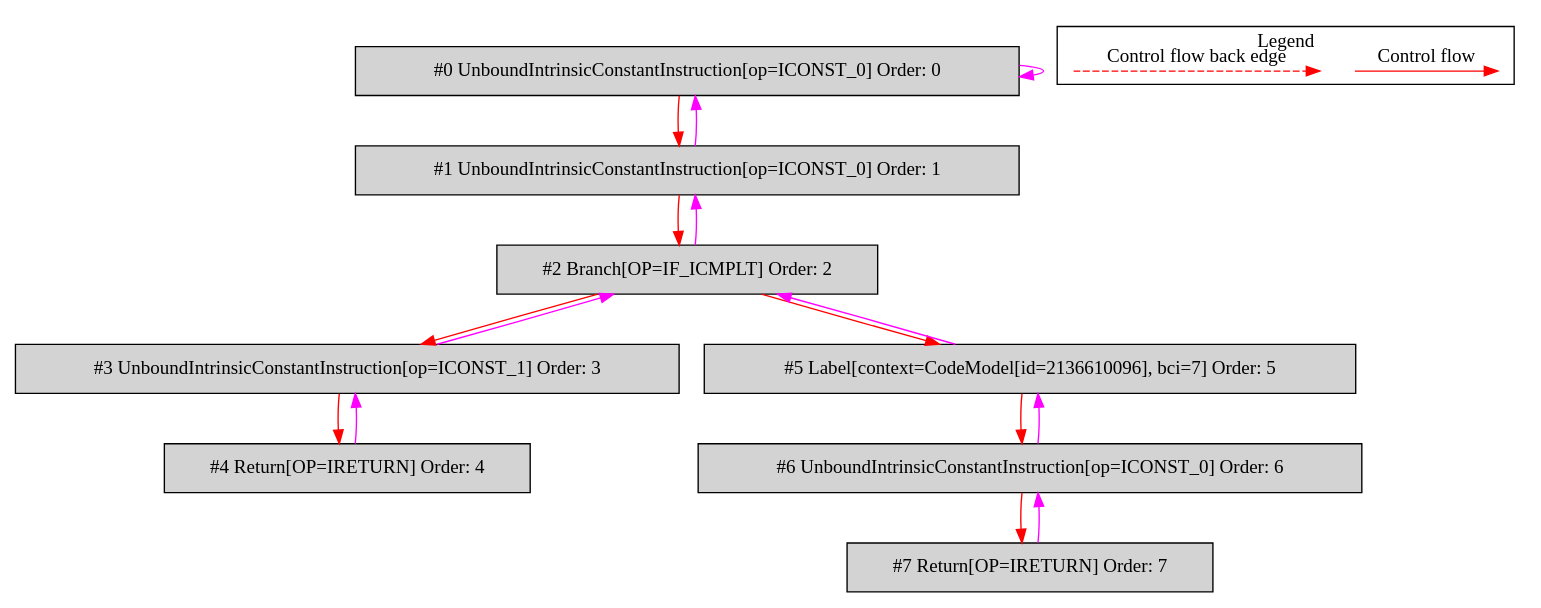
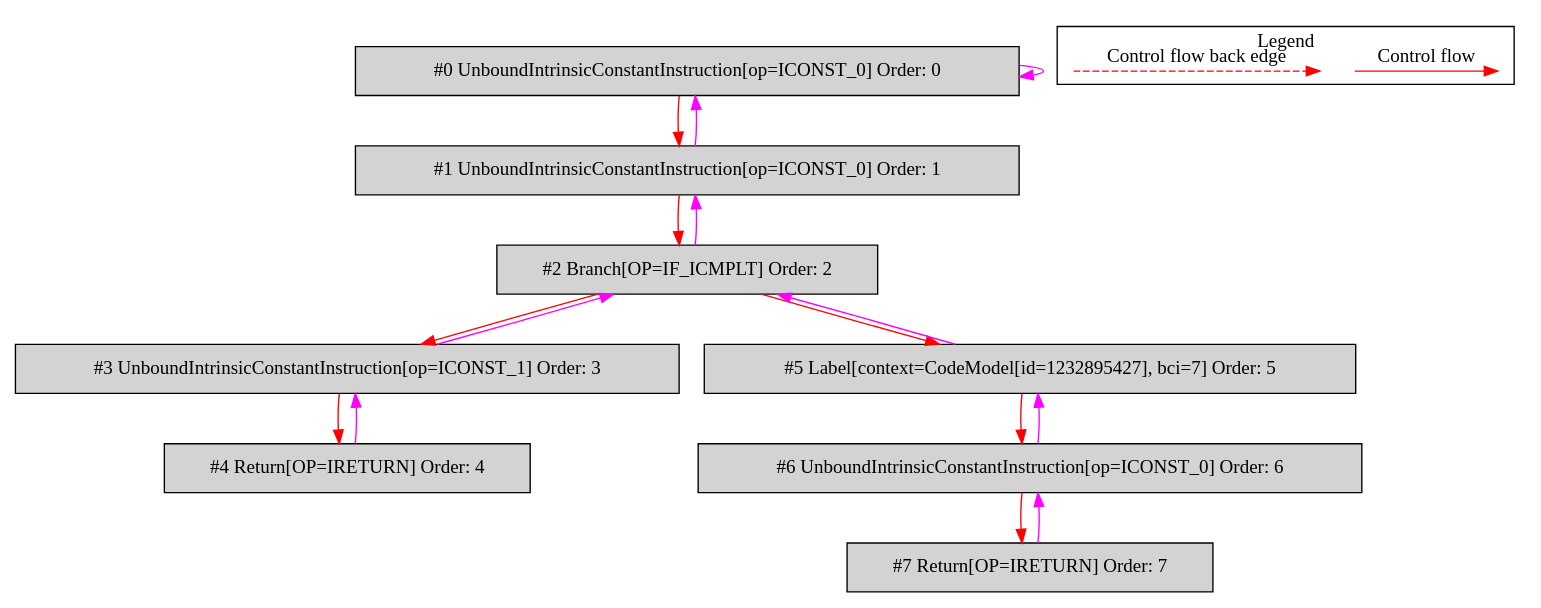
One commit to mirkosertic/MetaIR changed the diagram in de.mirkosertic.metair.ir.OpcodeIFICMPLTTest/test_IF_ICMPLT/bytecodecfg.dot. Above: the diagram before and after it, drawn with Graphviz. The commit also changed 569 other files, not shown here.

```diff
--- a/de.mirkosertic.metair.ir.OpcodeIFICMPLTTest/test_IF_ICMPLT/bytecodecfg.dot
+++ b/de.mirkosertic.metair.ir.OpcodeIFICMPLTTest/test_IF_ICMPLT/bytecodecfg.dot
@@ -1,40 +1,40 @@
 digraph {
  ordering="in";
  node0[label="#0 UnboundIntrinsicConstantInstruction[op=ICONST_0] Order: 0", shape=box, fillcolor=lightgrey, style=filled];
  node1[label="#1 UnboundIntrinsicConstantInstruction[op=ICONST_0] Order: 1", shape=box, fillcolor=lightgrey, style=filled];
  node2[label="#2 Branch[OP=IF_ICMPLT] Order: 2", shape=box, fillcolor=lightgrey, style=filled];
  node3[label="#3 UnboundIntrinsicConstantInstruction[op=ICONST_1] Order: 3", shape=box, fillcolor=lightgrey, style=filled];
  node4[label="#4 Return[OP=IRETURN] Order: 4", shape=box, fillcolor=lightgrey, style=filled];
- node5[label="#5 Label[context=CodeModel[id=2136610096], bci=7] Order: 5", shape=box, fillcolor=lightgrey, style=filled];
+ node5[label="#5 Label[context=CodeModel[id=1232895427], bci=7] Order: 5", shape=box, fillcolor=lightgrey, style=filled];
  node6[label="#6 UnboundIntrinsicConstantInstruction[op=ICONST_0] Order: 6", shape=box, fillcolor=lightgrey, style=filled];
  node7[label="#7 Return[OP=IRETURN] Order: 7", shape=box, fillcolor=lightgrey, style=filled];
  node0 -> node0[color=fuchsia];
  node0 -> node1[color=red];
  node1 -> node0[color=fuchsia];
  node1 -> node2[color=red];
  node2 -> node1[color=fuchsia];
  node2 -> node3[color=red];
  node3 -> node2[color=fuchsia];
  node3 -> node4[color=red];
  node4 -> node3[color=fuchsia];
  node2 -> node5[color=red];
  node5 -> node2[color=fuchsia];
  node5 -> node6[color=red];
  node6 -> node5[color=fuchsia];
  node6 -> node7[color=red];
  node7 -> node6[color=fuchsia];
  subgraph cluster_000 {
   label = "Legend";
   node [shape=point]
   {
    rank=same;
    c0 [style = invis];
    c1 [style = invis];
    c2 [style = invis];
    c3 [style = invis];
   }
   c0 -> c1 [label="Control flow", style=solid, color=red]
   c2 -> c3 [label="Control flow back edge", style=dashed, color=red]
  }
 
 }
```
